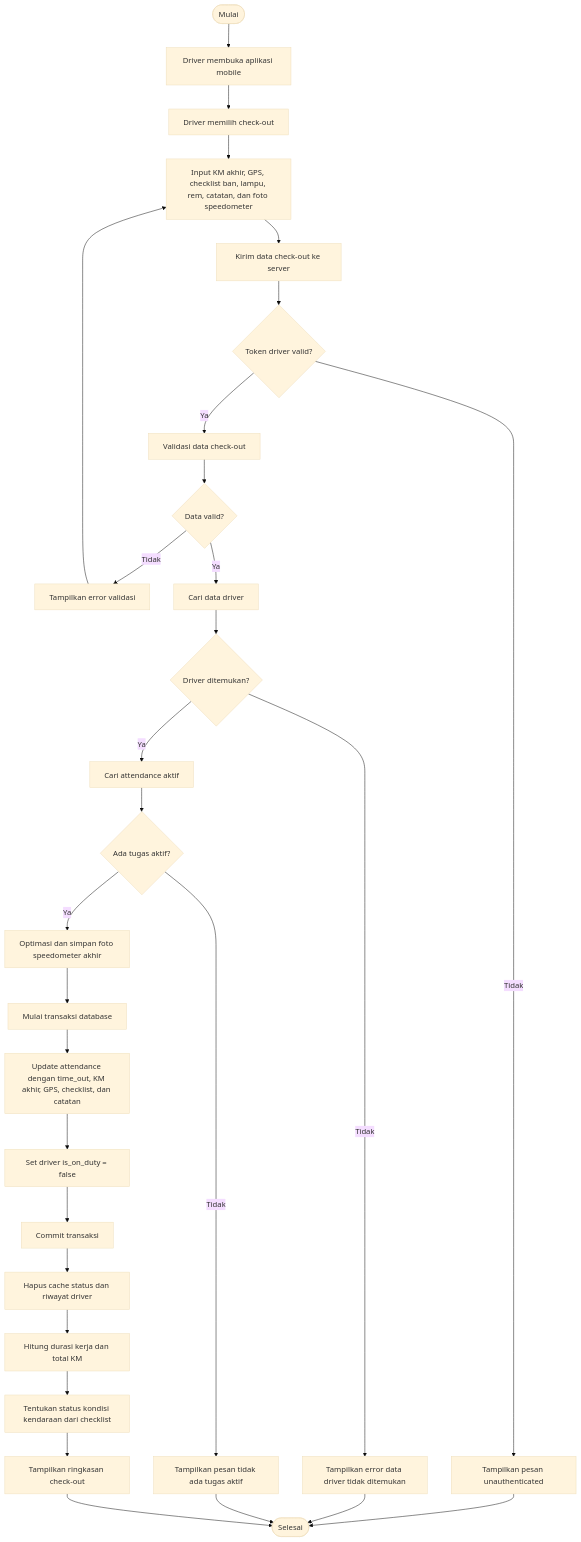
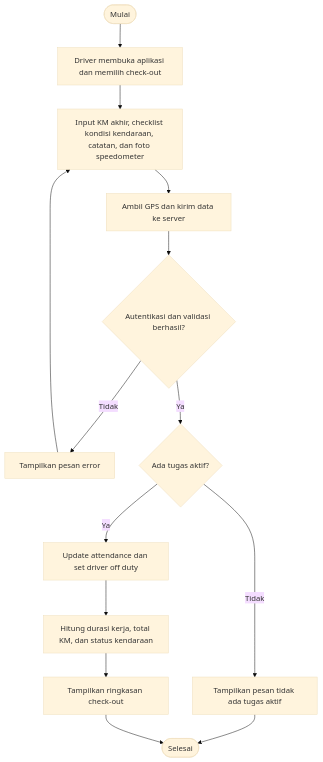
Before and after one commit to rohandev19/Absen-Driver: the third of 5 diagrams in docs/activity_diagram_core.md, drawn with Mermaid (base theme). The commit also changed other lines of this file and 43 other files, not shown here.

````diff
--- a/docs/activity_diagram_core.md
+++ b/docs/activity_diagram_core.md
@@ -97,40 +85,19 @@
 ```mermaid
 flowchart TD
-    A([Mulai]) --> B[Driver membuka aplikasi mobile]
-    B --> C[Driver memilih check-out]
-    C --> D[Input KM akhir, GPS, checklist ban, lampu, rem, catatan, dan foto speedometer]
-    D --> E[Kirim data check-out ke server]
-    E --> F{Token driver valid?}
+    A([Mulai]) --> B[Driver membuka aplikasi dan memilih check-out]
+    B --> C[Input KM akhir, checklist kondisi kendaraan, catatan, dan foto speedometer]
+    C --> D[Ambil GPS dan kirim data ke server]
+    D --> E{Autentikasi dan validasi berhasil?}
 
-    F -- Tidak --> G[Tampilkan pesan unauthenticated]
-    G --> Z([Selesai])
+    E -- Tidak --> F[Tampilkan pesan error]
+    F --> C
 
-    F -- Ya --> H[Validasi data check-out]
-    H --> I{Data valid?}
+    E -- Ya --> G{Ada tugas aktif?}
+    G -- Tidak --> H[Tampilkan pesan tidak ada tugas aktif]
+    H --> Z([Selesai])
 
-    I -- Tidak --> J[Tampilkan error validasi]
-    J --> D
-
-    I -- Ya --> K[Cari data driver]
-    K --> L{Driver ditemukan?}
-
-    L -- Tidak --> M[Tampilkan error data driver tidak ditemukan]
-    M --> Z
-
-    L -- Ya --> N[Cari attendance aktif]
-    N --> O{Ada tugas aktif?}
-
-    O -- Tidak --> P[Tampilkan pesan tidak ada tugas aktif]
-    P --> Z
-
-    O -- Ya --> Q[Optimasi dan simpan foto speedometer akhir]
-    Q --> R[Mulai transaksi database]
-    R --> S[Update attendance dengan time_out, KM akhir, GPS, checklist, dan catatan]
-    S --> T[Set driver is_on_duty = false]
-    T --> U[Commit transaksi]
-    U --> V[Hapus cache status dan riwayat driver]
-    V --> W[Hitung durasi kerja dan total KM]
-    W --> X[Tentukan status kondisi kendaraan dari checklist]
-    X --> Y[Tampilkan ringkasan check-out]
-    Y --> Z
+    G -- Ya --> I[Update attendance dan set driver off duty]
+    I --> J[Hitung durasi kerja, total KM, dan status kendaraan]
+    J --> K[Tampilkan ringkasan check-out]
+    K --> Z
 ```
````
